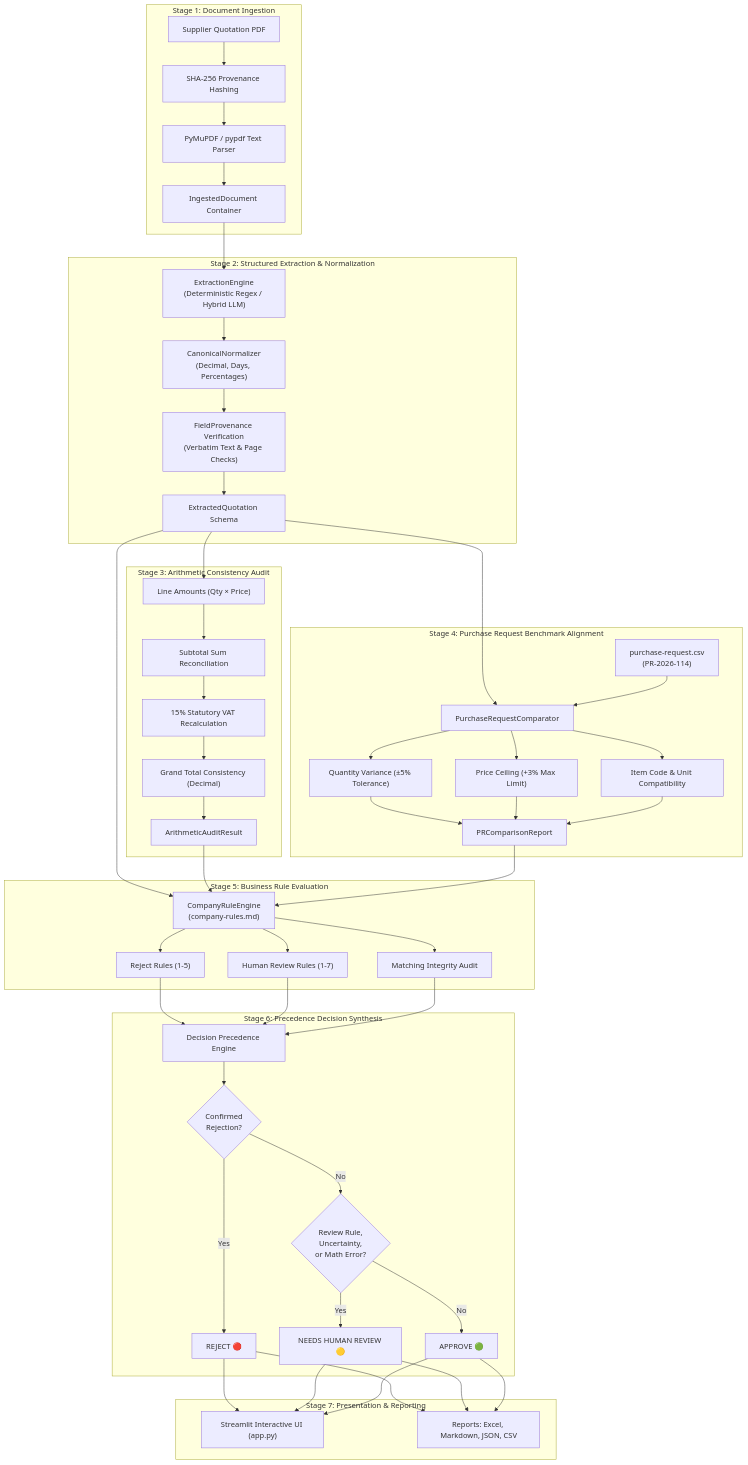
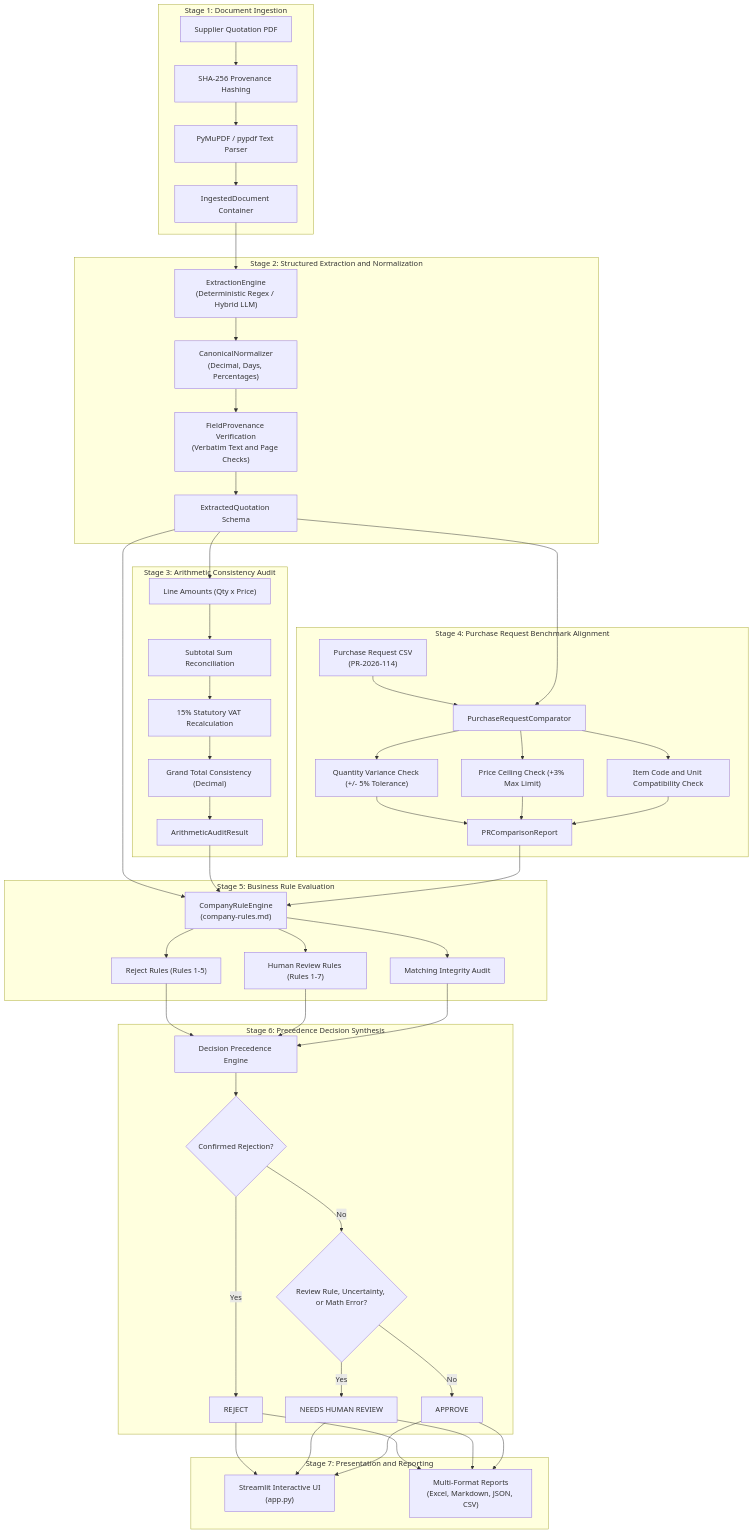
Before and after one commit to mdsadikujjaman/biai-supplier-document-verification: the diagram in README.md, drawn with Mermaid.

Commit message:
Fix Mermaid workflow architecture in README

````diff
--- a/README.md
+++ b/README.md
@@ -53,52 +53,63 @@
 ```mermaid
 flowchart TD
-    subgraph S1["Stage 1: Document Ingestion"]
+    subgraph Stage1 ["Stage 1: Document Ingestion"]
         PDF["Supplier Quotation PDF"] --> SHA["SHA-256 Provenance Hashing"]
         SHA --> Ingest["PyMuPDF / pypdf Text Parser"]
         Ingest --> IngestDoc["IngestedDocument Container"]
     end
 
-    subgraph S2["Stage 2: Structured Extraction & Normalization"]
-        IngestDoc --> Extractor["ExtractionEngine\n(Deterministic Regex / Hybrid LLM)"]
-        Extractor --> Norm["CanonicalNormalizer\n(Decimal, Days, Percentages)"]
-        Norm --> Provenance["FieldProvenance Verification\n(Verbatim Text & Page Checks)"]
+    subgraph Stage2 ["Stage 2: Structured Extraction and Normalization"]
+        IngestDoc --> Extractor["ExtractionEngine<br/>(Deterministic Regex / Hybrid LLM)"]
+        Extractor --> Norm["CanonicalNormalizer<br/>(Decimal, Days, Percentages)"]
+        Norm --> Provenance["FieldProvenance Verification<br/>(Verbatim Text and Page Checks)"]
         Provenance --> Quotation["ExtractedQuotation Schema"]
     end
 
-    subgraph S3["Stage 3: Arithmetic Consistency Audit"]
-        Quotation --> LineMath["Line Amounts (Qty × Price)"]
+    subgraph Stage3 ["Stage 3: Arithmetic Consistency Audit"]
+        Quotation --> LineMath["Line Amounts (Qty x Price)"]
         LineMath --> SubtotalMath["Subtotal Sum Reconciliation"]
         SubtotalMath --> VATMath["15% Statutory VAT Recalculation"]
         VATMath --> TotalMath["Grand Total Consistency (Decimal)"]
         TotalMath --> MathAudit["ArithmeticAuditResult"]
     end
 
-    subgraph S4["Stage 4: Purchase Request Benchmark Alignment"]
-        Quotation & PR["purchase-request.csv\n(PR-2026-114)"] --> Comparator["PurchaseRequestComparator"]
-        Comparator --> QtyTol["Quantity Variance (±5% Tolerance)"]
-        Comparator --> PriceCeil["Price Ceiling (+3% Max Limit)"]
-        Comparator --> ItemMatch["Item Code & Unit Compatibility"]
-        QtyTol & PriceCeil & ItemMatch --> PRReport["PRComparisonReport"]
+    subgraph Stage4 ["Stage 4: Purchase Request Benchmark Alignment"]
+        PR["Purchase Request CSV<br/>(PR-2026-114)"] --> Comparator["PurchaseRequestComparator"]
+        Quotation --> Comparator
+        Comparator --> QtyTol["Quantity Variance Check (+/- 5% Tolerance)"]
+        Comparator --> PriceCeil["Price Ceiling Check (+3% Max Limit)"]
+        Comparator --> ItemMatch["Item Code and Unit Compatibility Check"]
+        QtyTol --> PRReport["PRComparisonReport"]
+        PriceCeil --> PRReport
+        ItemMatch --> PRReport
     end
 
-    subgraph S5["Stage 5: Business Rule Evaluation"]
-        Quotation & MathAudit & PRReport --> RulesEngine["CompanyRuleEngine\n(company-rules.md)"]
-        RulesEngine --> RejectRules["Reject Rules (1-5)"]
-        RulesEngine --> ReviewRules["Human Review Rules (1-7)"]
+    subgraph Stage5 ["Stage 5: Business Rule Evaluation"]
+        Quotation --> RulesEngine["CompanyRuleEngine<br/>(company-rules.md)"]
+        MathAudit --> RulesEngine
+        PRReport --> RulesEngine
+        RulesEngine --> RejectRules["Reject Rules (Rules 1-5)"]
+        RulesEngine --> ReviewRules["Human Review Rules (Rules 1-7)"]
         RulesEngine --> Integrity["Matching Integrity Audit"]
     end
 
-    subgraph S6["Stage 6: Precedence Decision Synthesis"]
-        RejectRules & ReviewRules & Integrity --> Precedence["Decision Precedence Engine"]
-        Precedence --> C1{"Confirmed\nRejection?"}
-        C1 -- Yes --> REJECT["REJECT 🔴"]
-        C1 -- No --> C2{"Review Rule,\nUncertainty,\nor Math Error?"}
-        C2 -- Yes --> REVIEW["NEEDS HUMAN REVIEW 🟡"]
-        C2 -- No --> APPROVE["APPROVE 🟢"]
+    subgraph Stage6 ["Stage 6: Precedence Decision Synthesis"]
+        RejectRules --> Precedence["Decision Precedence Engine"]
+        ReviewRules --> Precedence
+        Integrity --> Precedence
+        Precedence --> CheckReject{"Confirmed Rejection?"}
+        CheckReject -->|Yes| DecisionReject["REJECT"]
+        CheckReject -->|No| CheckReview{"Review Rule, Uncertainty, or Math Error?"}
+        CheckReview -->|Yes| DecisionReview["NEEDS HUMAN REVIEW"]
+        CheckReview -->|No| DecisionApprove["APPROVE"]
     end
 
-    subgraph S7["Stage 7: Presentation & Reporting"]
-        REJECT & REVIEW & APPROVE --> WebUI["Streamlit Interactive UI (app.py)"]
-        REJECT & REVIEW & APPROVE --> Reports["Reports: Excel, Markdown, JSON, CSV"]
+    subgraph Stage7 ["Stage 7: Presentation and Reporting"]
+        DecisionReject --> WebUI["Streamlit Interactive UI<br/>(app.py)"]
+        DecisionReview --> WebUI
+        DecisionApprove --> WebUI
+        DecisionReject --> Reports["Multi-Format Reports<br/>(Excel, Markdown, JSON, CSV)"]
+        DecisionReview --> Reports
+        DecisionApprove --> Reports
     end
 ```
````
